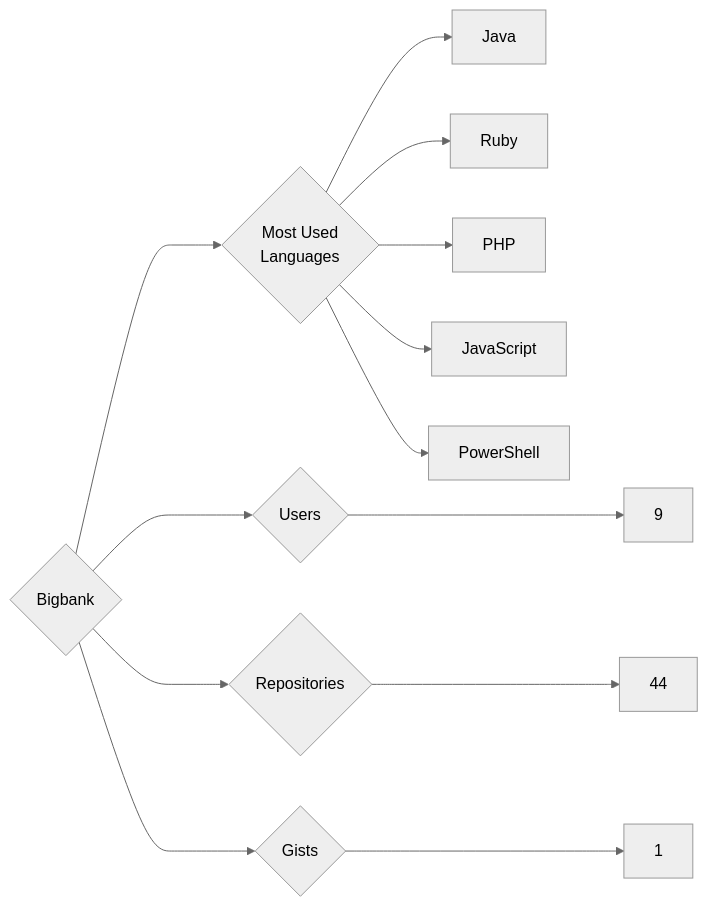
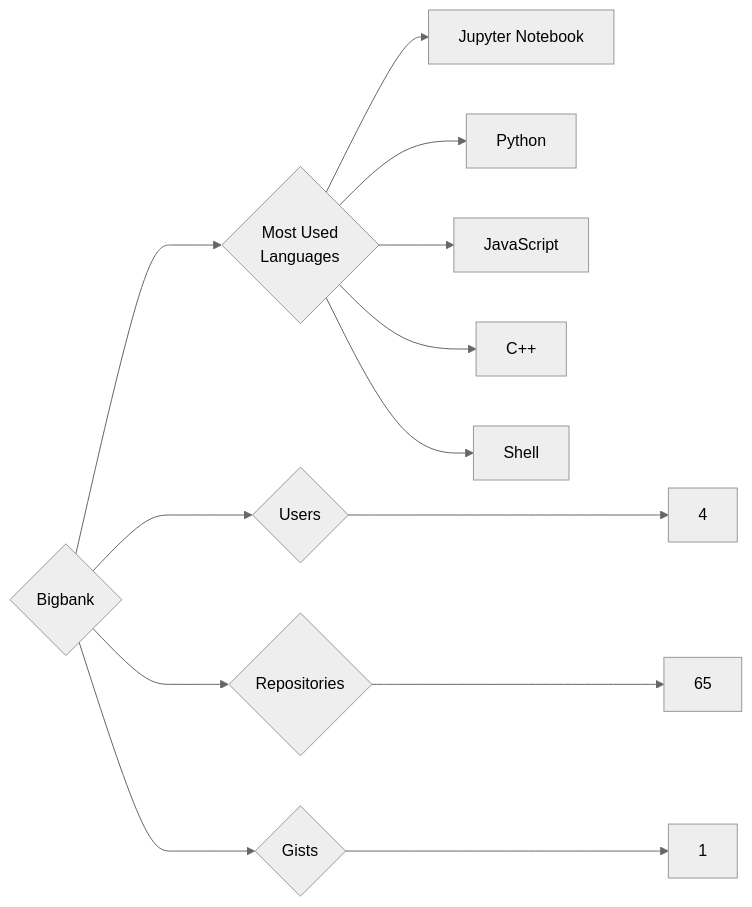
The diagram in targets/Bigbank/README.md (trickest/insiders), drawn with Mermaid (neutral theme) before and after one commit. The commit also changed 935 other files, not shown here.

````diff
--- a/targets/Bigbank/README.md
+++ b/targets/Bigbank/README.md
@@ -3,13 +3,13 @@
 ```mermaid
 graph LR
 COMPANY_NAME{Bigbank}
-COMPANY_NAME ---> U{Users} ---> UN[9]
-COMPANY_NAME ---> R{Repositories} ---> RN[44]
+COMPANY_NAME ---> U{Users} ---> UN[4]
+COMPANY_NAME ---> R{Repositories} ---> RN[65]
 COMPANY_NAME ---> G{Gists} ---> GN[1]
 COMPANY_NAME ---> ML{Most Used<br>Languages}
-ML --> Java[Java]
-ML --> Ruby[Ruby]
-ML --> PHP[PHP]
+ML --> Jupyter_Notebook[Jupyter Notebook]
+ML --> Python[Python]
 ML --> JavaScript[JavaScript]
-ML --> PowerShell[PowerShell]
+ML --> C++[C++]
+ML --> Shell[Shell]
 ```
````
